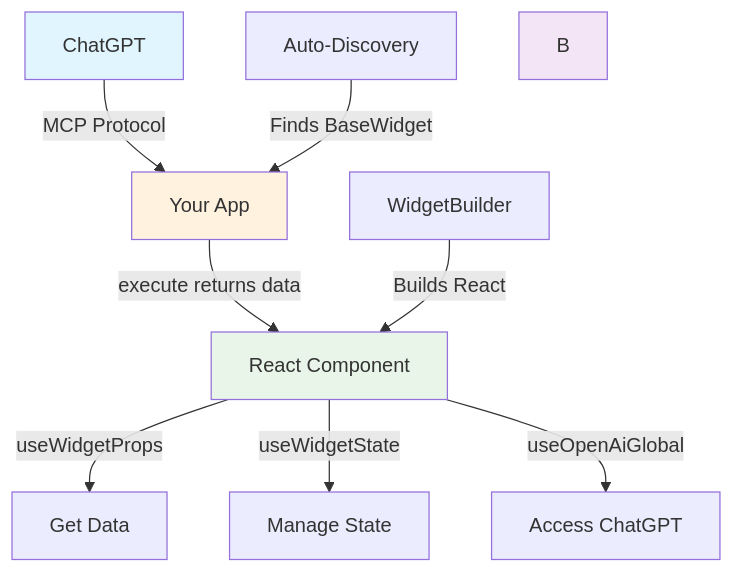
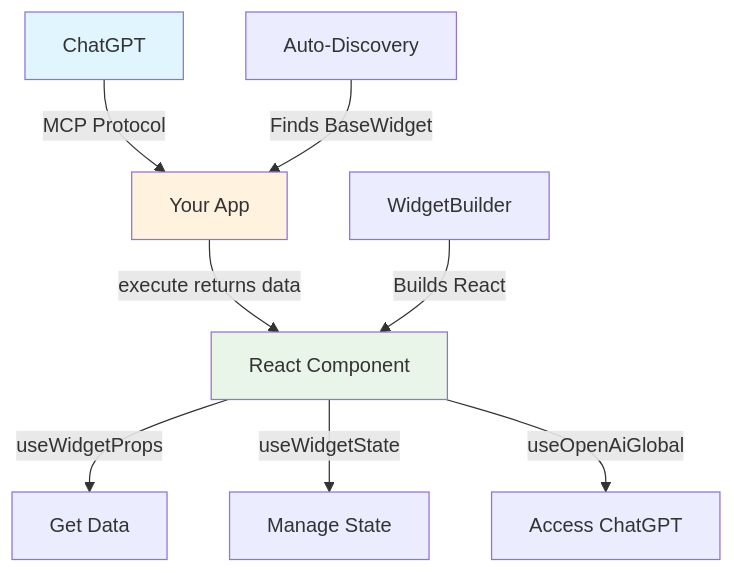
The diagram in what-is-fastapps/index.mdx (DooiLabs/fastapps_docs), drawn with Mermaid before and after one commit.

Commit message:
mermaid mistake

````diff
--- a/what-is-fastapps/index.mdx
+++ b/what-is-fastapps/index.mdx
@@ -80,18 +80,17 @@
 ```mermaid
 graph TD
     A[ChatGPT] -->|MCP Protocol| C[Your App]
     
     C -->|execute returns data| D[React Component]
     
     D -->|useWidgetProps| E[Get Data]
     D -->|useWidgetState| F[Manage State]
     D -->|useOpenAiGlobal| G[Access ChatGPT]
     
     H[Auto-Discovery] -->|Finds BaseWidget| C
     I[WidgetBuilder] -->|Builds React| D
     
     style A fill:#e1f5fe
-    style B fill:#f3e5f5
     style C fill:#fff3e0
     style D fill:#e8f5e8
 ```
````
